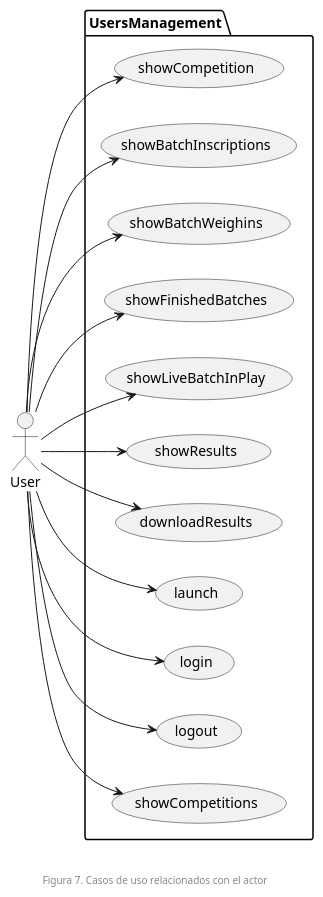
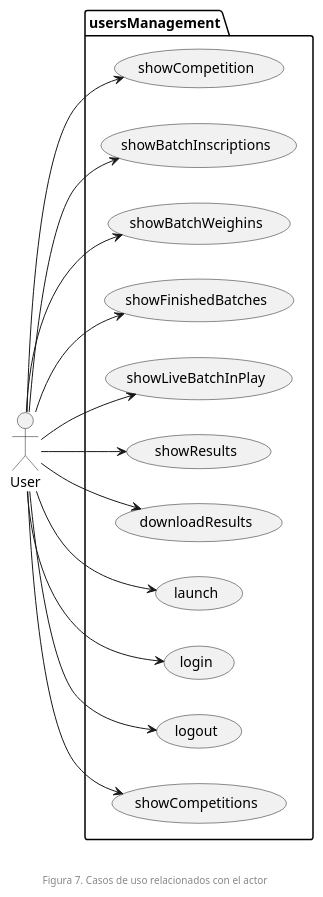
The diagram in documentation/diagrams/1_requirements/1_usecases/users.puml (zuldare/mastercloud_pfm_halterocms), drawn with PlantUML before and after one commit. The commit also changed 5 other files, not shown here.

```diff
--- a/documentation/diagrams/1_requirements/1_usecases/users.puml
+++ b/documentation/diagrams/1_requirements/1_usecases/users.puml
@@ -1,30 +1,30 @@
 @startuml
 left to right direction
 
-package UsersManagement {
+package usersManagement {
   usecase showCompetition
   usecase showBatchInscriptions
   usecase showBatchWeighins
   usecase showFinishedBatches
   usecase showLiveBatchInPlay
   usecase showResults
   usecase downloadResults
   usecase launch
   usecase login
   usecase logout
   usecase showCompetitions
 }
 
 User --> showCompetition
 User --> showBatchInscriptions
 User --> showBatchWeighins
 User --> showFinishedBatches
 User --> showLiveBatchInPlay
 User --> showResults
 User --> downloadResults
 User --> launch
 User --> login
 User --> logout
 User --> showCompetitions
 footer \n\nFigura 7. Casos de uso relacionados con el actor
 @enduml
```
